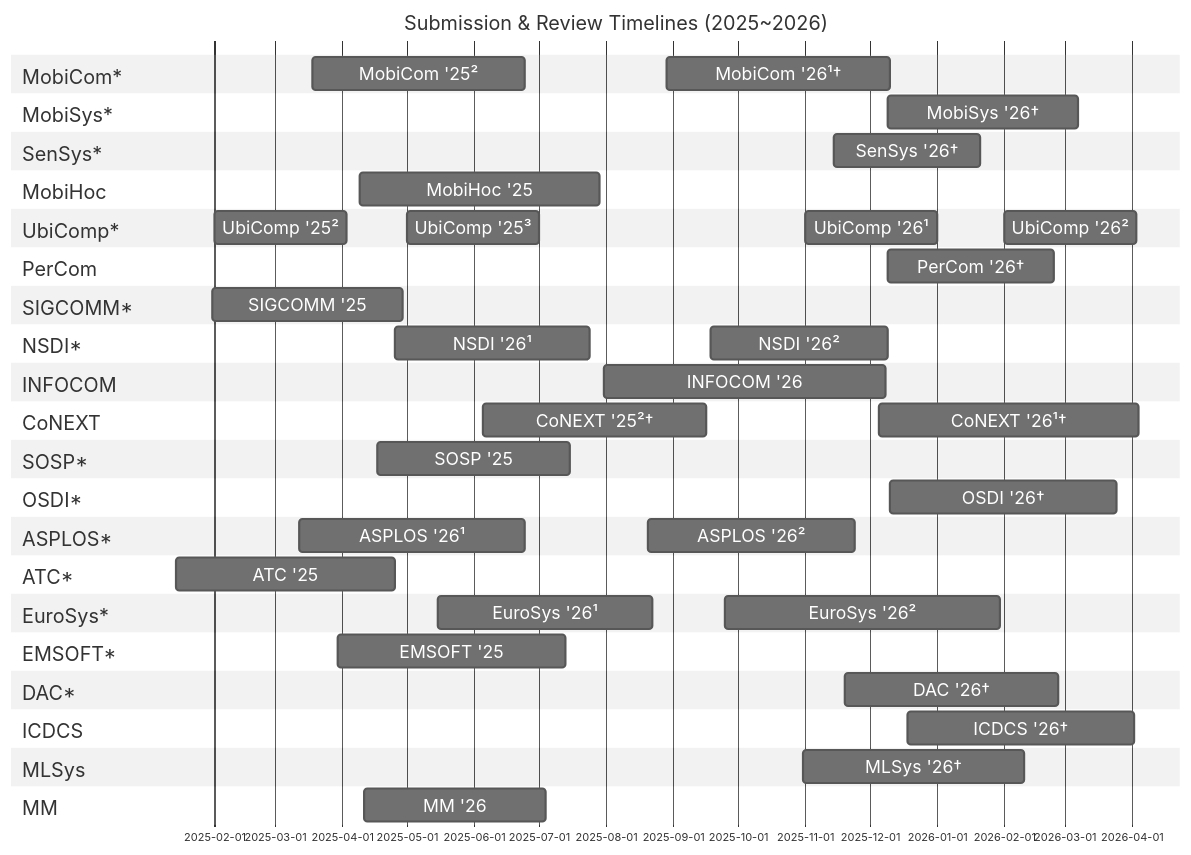
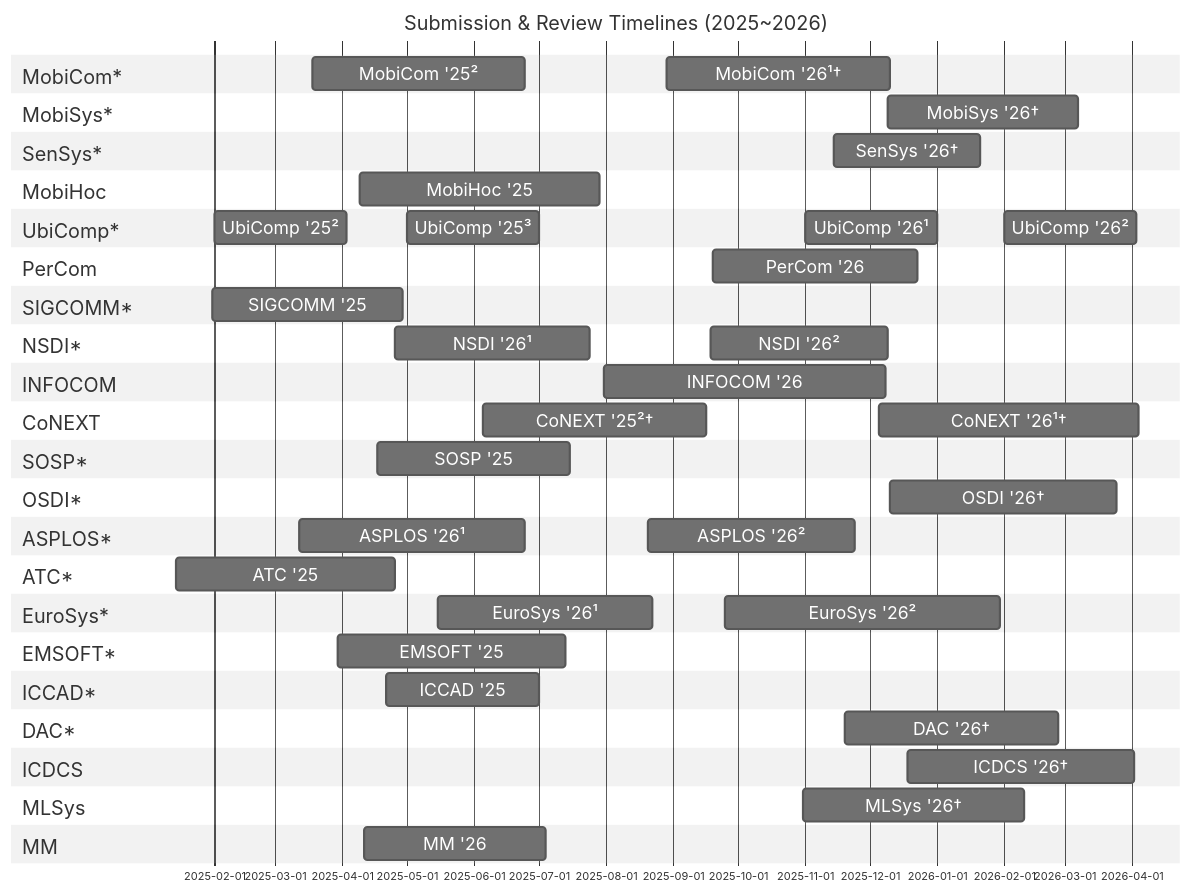
One commit to iamseonghoon/Mobile-Systems-Conference-Timelines changed the diagram in README.md. Above: the diagram before and after it, drawn with Mermaid. The commit also changed other lines of this file, not shown here.

```diff
--- a/README.md
+++ b/README.md
@@ -45,7 +45,7 @@
     UbiComp '26² :ubicomp26-review3, 2026-02-01, 61d
 
     section PerCom
-    PerCom '26† :percom26-review, 2025-12-09, 77d
+    PerCom '26 :percom26-review, 2025-09-19, 95d
 
     %% --------------------------
     %% Network
@@ -90,6 +90,9 @@
     section EMSOFT*
     EMSOFT '25 :emsoft25-review, 2025-03-30, 105d
 
+    section ICCAD*
+    ICCAD '25 :iccad25-review, 2025-04-21, 71d
+
     section DAC*
     DAC '26† :dac26-review, 2025-11-19, 99d
 
```
